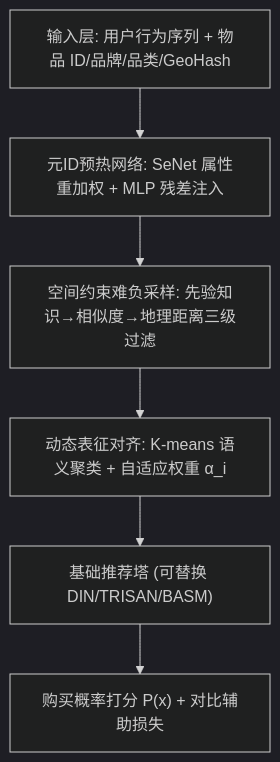
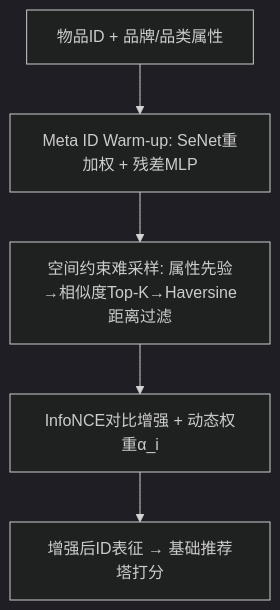
One commit to jbdcia321vw/Paper-Notes changed the diagram in docs/venues/SIGIR/2026/poi_spatiotemporal_rec/rest_a_plug_and_play_spatially_constrained_representation_enhancement_frame.md. Above: the diagram before and after it, drawn with Mermaid (dark theme). The commit also changed other lines of this file and 1119 other files, not shown here.

````diff
--- a/docs/venues/SIGIR/2026/poi_spatiotemporal_rec/rest_a_plug_and_play_spatially_constrained_representation_enhancement_frame.md
+++ b/docs/venues/SIGIR/2026/poi_spatiotemporal_rec/rest_a_plug_and_play_spatially_constrained_representation_enhancement_frame.md
@@ -55,8 +46,7 @@
 ```mermaid
 flowchart TD
-    A["输入层: 用户行为序列 + 物品 ID/品牌/品类/GeoHash"] --> B["元ID预热网络: SeNet 属性重加权 + MLP 残差注入"]
-    B --> C["空间约束难负采样: 先验知识→相似度→地理距离三级过滤"]
-    C --> D["动态表征对齐: K-means 语义聚类 + 自适应权重 α_i"]
-    D --> E["基础推荐塔 (可替换 DIN/TRISAN/BASM)"]
-    E --> F["购买概率打分 P(x) + 对比辅助损失"]
+    A["物品ID + 品牌/品类属性"] --> B["Meta ID Warm-up: SeNet重加权 + 残差MLP"]
+    B --> C["空间约束难采样: 属性先验→相似度Top-K→Haversine距离过滤"]
+    C --> D["InfoNCE对比增强 + 动态权重α_i"]
+    D --> E["增强后ID表征 → 基础推荐塔打分"]
 ```
````
